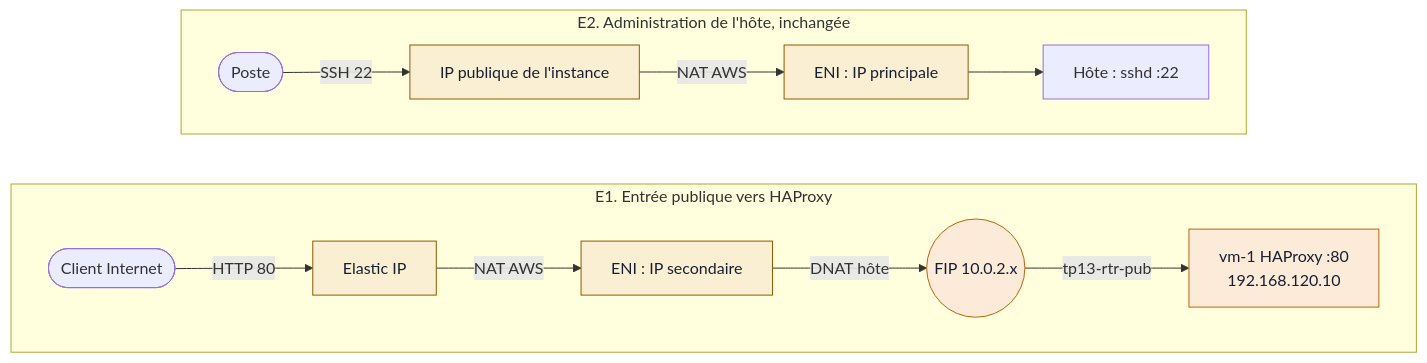
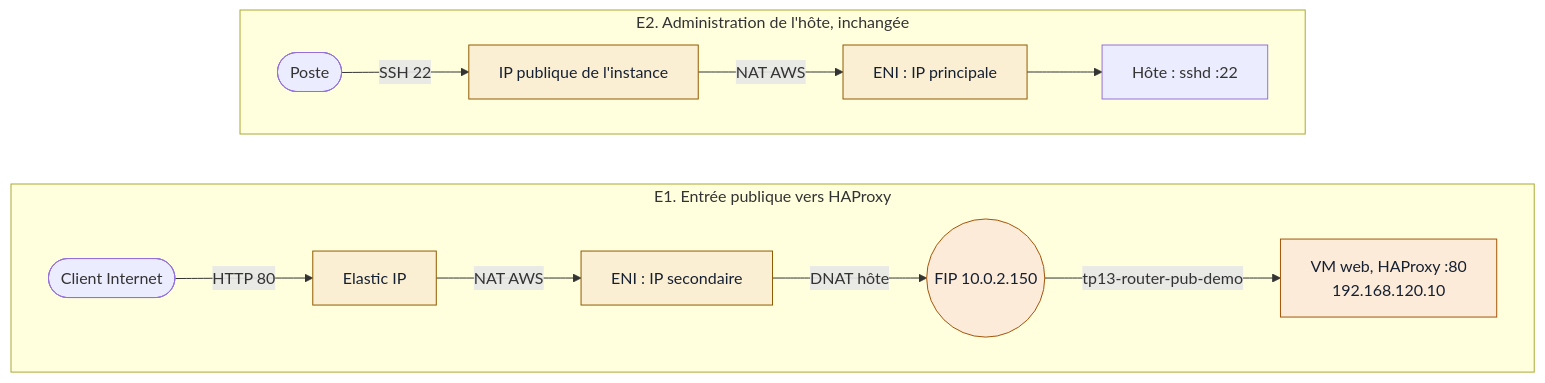
Before and after one commit to eazysec/openstack-lab-trainee: the second of 3 diagrams in tps/tp13-architecture.md, drawn with Mermaid. The commit also changed other lines of this file and 16 other files, not shown here.

First line of the commit message:
feat: TP 13, déployer une architecture sécurisée (2026.10.3)

````diff
--- a/tps/tp13-architecture.md
+++ b/tps/tp13-architecture.md
@@ -188,15 +203,15 @@
 ```mermaid
 flowchart LR
   subgraph E1["E1. Entrée publique vers HAProxy"]
     direction LR
-    A1(["Client Internet"]) -->|"HTTP 80"| A2["Elastic IP"] -->|"NAT AWS"| A3["ENI : IP secondaire"] -->|"DNAT hôte"| A4(("FIP 10.0.2.x")) -->|"tp13-rtr-pub"| A5["vm-1 HAProxy :80<br>192.168.120.10"]
+    A1(["Client Internet"]) -->|"HTTP 80"| A2["Elastic IP"] -->|"NAT AWS"| A3["ENI : IP secondaire"] -->|"DNAT hôte"| A4(("FIP 10.0.2.150")) -->|"tp13-router-pub-demo"| A5["VM web, HAProxy :80<br>192.168.120.10"]
   end
   subgraph E2["E2. Administration de l'hôte, inchangée"]
     direction LR
     B1(["Poste"]) -->|"SSH 22"| B2["IP publique de l'instance"] -->|"NAT AWS"| B3["ENI : IP principale"] --> B4["Hôte : sshd :22"]
   end
   classDef aws fill:#FBEFD3,stroke:#8F5A00,color:#162033
-  classDef pub fill:#FCEBD8,stroke:#BF630C,color:#162033
+  classDef pub fill:#FCEBD8,stroke:#A4550A,color:#162033
   class A2,A3,B2,B3 aws
   class A4,A5 pub
 ```
````
